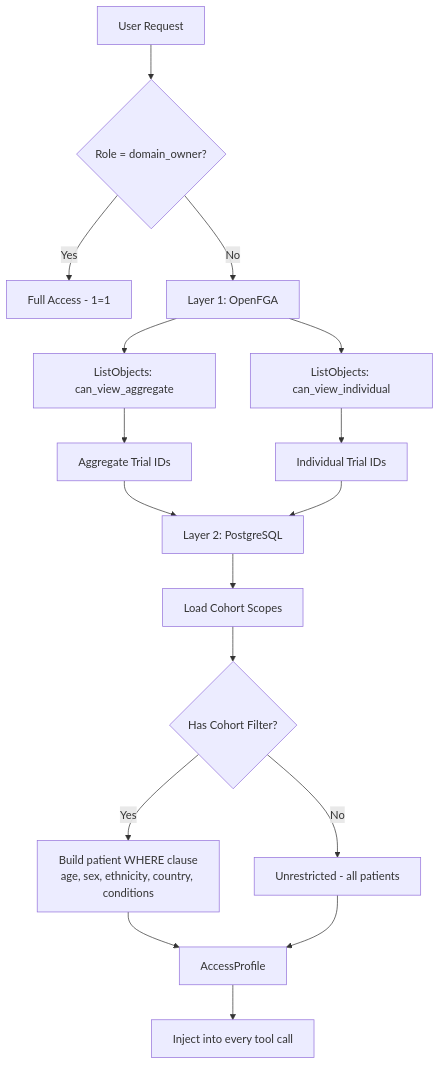
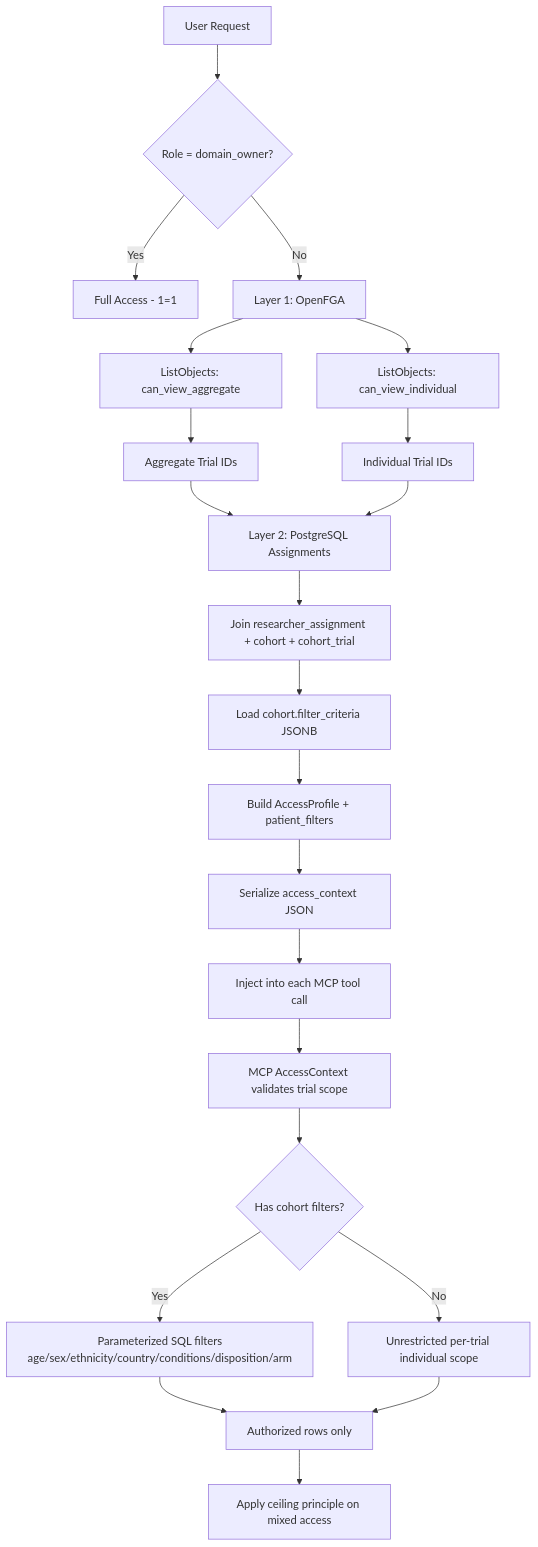
One commit to danirodao/clinical-trail-agentic-platform changed the sixth of 9 diagrams in README.md. Above: the diagram before and after it, drawn with Mermaid. The commit also changed other lines of this file, not shown here.

Commit message:
updating diagrams

````diff
--- a/README.md
+++ b/README.md
@@ -417,19 +436,24 @@
 ```mermaid
 flowchart TD
     A[User Request] --> B{Role = domain_owner?}
     B -->|Yes| C[Full Access - 1=1]
-    B -->|No| D[Layer 1: OpenFGA]
-    D --> E[ListObjects: can_view_aggregate]
-    D --> F[ListObjects: can_view_individual]
-    E --> G[Aggregate Trial IDs]
-    F --> H[Individual Trial IDs]
-    G --> I[Layer 2: PostgreSQL]
-    H --> I
-    I --> J[Load Cohort Scopes]
-    J --> K{Has Cohort Filter?}
-    K -->|Yes| L[Build patient WHERE clause<br/>age, sex, ethnicity, country, conditions]
-    K -->|No| M[Unrestricted - all patients]
-    L --> N[AccessProfile]
-    M --> N
-    N --> O[Inject into every tool call]
+  B -->|No| D[Layer 1: OpenFGA]
+  D --> E[ListObjects: can_view_aggregate]
+  D --> F[ListObjects: can_view_individual]
+  E --> G[Aggregate Trial IDs]
+  F --> H[Individual Trial IDs]
+  G --> I[Layer 2: PostgreSQL Assignments]
+  H --> I
+  I --> J[Join researcher_assignment + cohort + cohort_trial]
+  J --> K[Load cohort.filter_criteria JSONB]
+  K --> L[Build AccessProfile + patient_filters]
+  L --> M[Serialize access_context JSON]
+  M --> N[Inject into each MCP tool call]
+  N --> O[MCP AccessContext validates trial scope]
+  O --> P{Has cohort filters?}
+  P -->|Yes| Q[Parameterized SQL filters<br/>age/sex/ethnicity/country/conditions/disposition/arm]
+  P -->|No| R[Unrestricted per-trial individual scope]
+  Q --> S[Authorized rows only]
+  R --> S
+  S --> T[Apply ceiling principle on mixed access]
 ```
````
